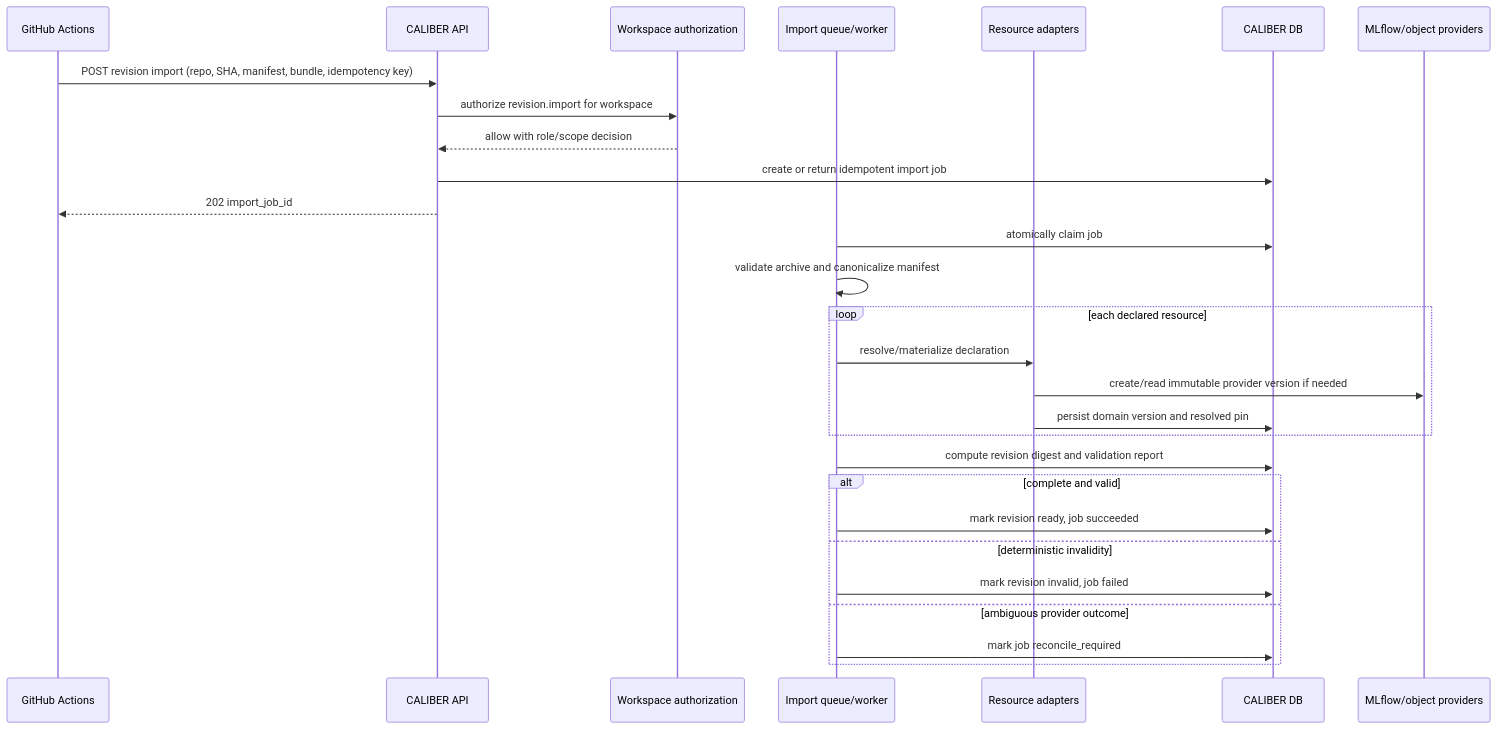
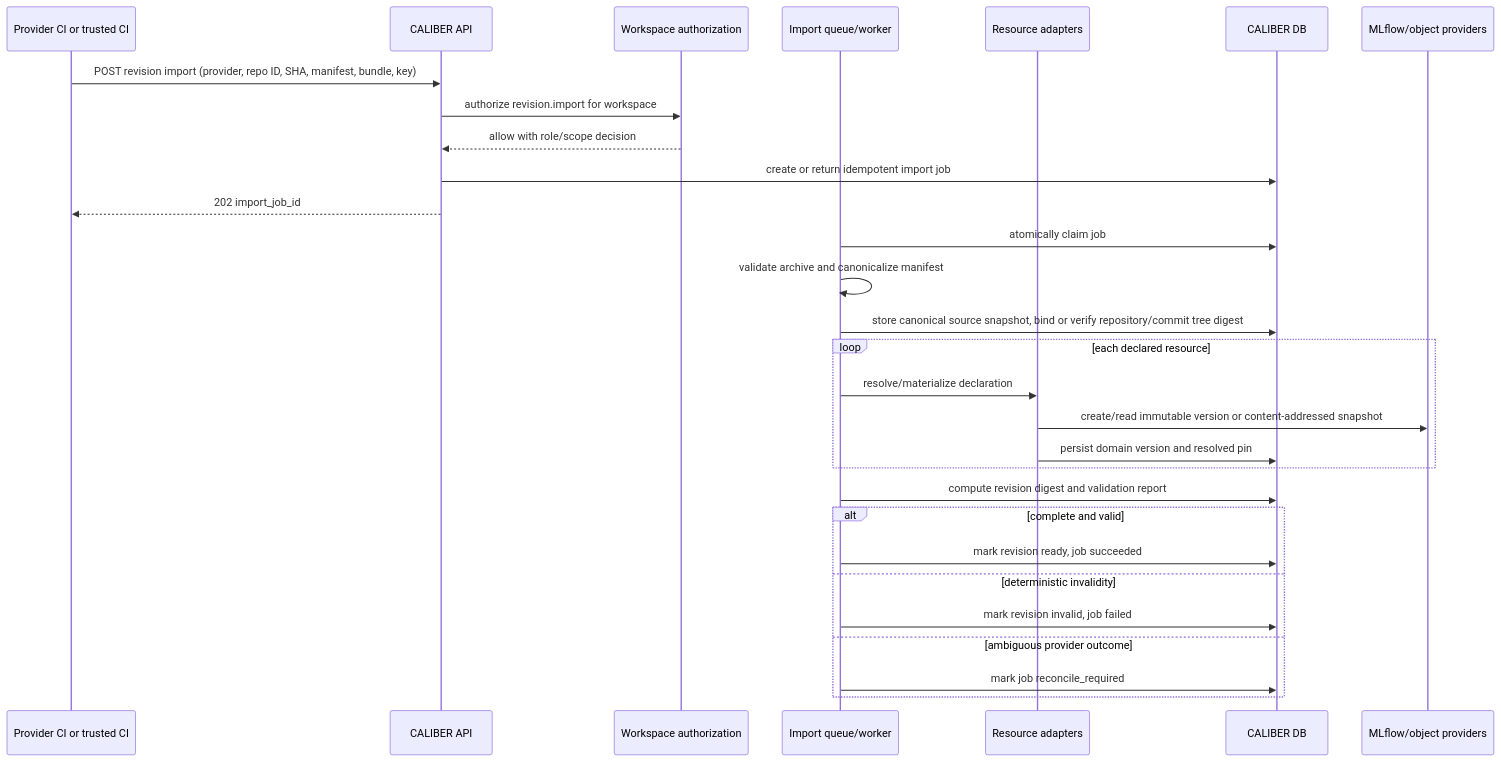
One commit to rrahimi-uci/caliber-suite changed the tenth of 16 diagrams in docs/workspace-plan.md. Above: the diagram before and after it, drawn with Mermaid. The commit also changed other lines of this file, not shown here.

First line of the commit message:
Define Workspace lifecycle and pluggable source authority (#276)

````diff
--- a/docs/workspace-plan.md
+++ b/docs/workspace-plan.md
@@ -1538,31 +2591,32 @@
 ```mermaid
 sequenceDiagram
-    participant GH as GitHub Actions
+    participant CI as Provider CI or trusted CI
     participant API as CALIBER API
     participant AZ as Workspace authorization
     participant IQ as Import queue/worker
     participant RA as Resource adapters
     participant DB as CALIBER DB
     participant P as MLflow/object providers
 
-    GH->>API: POST revision import (repo, SHA, manifest, bundle, idempotency key)
+    CI->>API: POST revision import (provider, repo ID, SHA, manifest, bundle, key)
     API->>AZ: authorize revision.import for workspace
     AZ-->>API: allow with role/scope decision
     API->>DB: create or return idempotent import job
-    API-->>GH: 202 import_job_id
+    API-->>CI: 202 import_job_id
     IQ->>DB: atomically claim job
     IQ->>IQ: validate archive and canonicalize manifest
+    IQ->>DB: store canonical source snapshot, bind or verify repository/commit tree digest
     loop each declared resource
         IQ->>RA: resolve/materialize declaration
-        RA->>P: create/read immutable provider version if needed
+        RA->>P: create/read immutable version or content-addressed snapshot
         RA->>DB: persist domain version and resolved pin
     end
     IQ->>DB: compute revision digest and validation report
     alt complete and valid
         IQ->>DB: mark revision ready, job succeeded
     else deterministic invalidity
         IQ->>DB: mark revision invalid, job failed
     else ambiguous provider outcome
         IQ->>DB: mark job reconcile_required
     end
 ```
````
